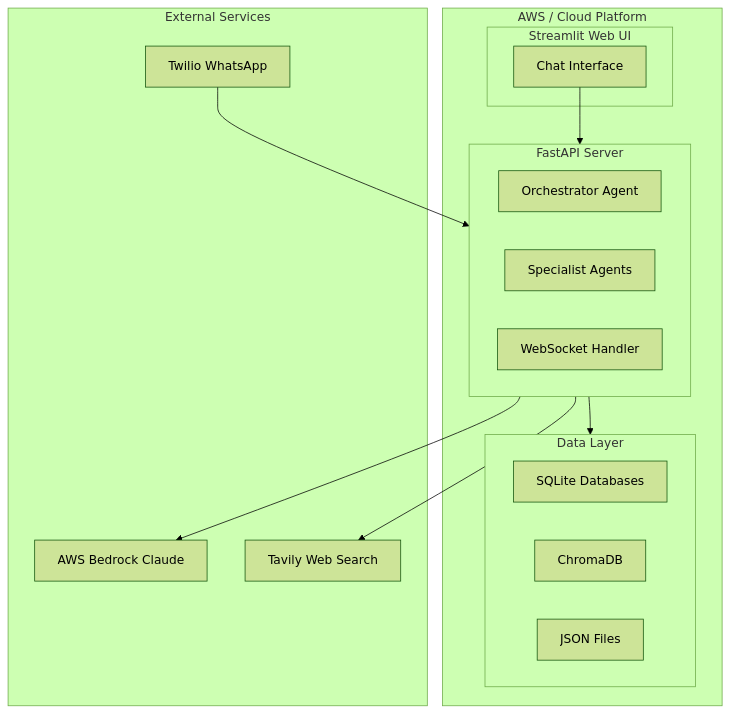
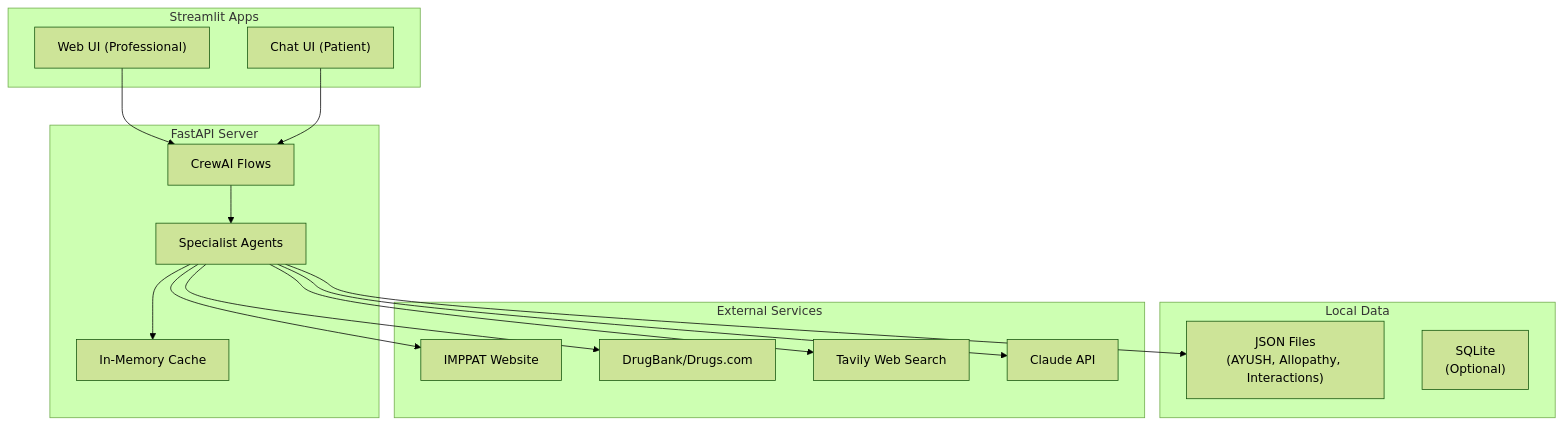
The sixth of 6 diagrams in .kiro/specs/ayush-allopathy-checker/design.md (Ankan54/AushadhiMitra-ayush-allopathy-interaction-checker), drawn with Mermaid (forest theme) before and after one commit. The commit also changed other lines of this file and 1 other file, not shown here.

````diff
--- a/.kiro/specs/ayush-allopathy-checker/design.md
+++ b/.kiro/specs/ayush-allopathy-checker/design.md
@@ -932,32 +1193,35 @@
 ```mermaid
 graph TB
-    subgraph CLOUD["AWS / Cloud Platform"]
-        subgraph API["FastAPI Server"]
-            ORCH[Orchestrator Agent]
-            AGENTS[Specialist Agents]
-            WS[WebSocket Handler]
-        end
-        
-        subgraph UI["Streamlit Web UI"]
-            STREAM[Chat Interface]
-        end
-        
-        subgraph STORAGE["Data Layer"]
-            SQLITE[SQLite Databases]
-            CHROMA[ChromaDB]
-            JSON[JSON Files]
-        end
+    subgraph SERVER["FastAPI Server"]
+        FLOWS["CrewAI Flows"]
+        AGENTS["Specialist Agents"]
+        CACHE["In-Memory Cache"]
+    end
+    
+    subgraph UI["Streamlit Apps"]
+        WEB_UI["Web UI (Professional)"]
+        CHAT_UI["Chat UI (Patient)"]
+    end
+    
+    subgraph DATA["Local Data"]
+        JSON["JSON Files<br/>(AYUSH, Allopathy, Interactions)"]
+        SQLITE["SQLite<br/>(Optional)"]
     end
     
     subgraph EXT["External Services"]
-        TWILIO[Twilio WhatsApp]
-        BEDROCK[AWS Bedrock Claude]
-        TAVILY[Tavily Web Search]
+        IMPPAT["IMPPAT Website"]
+        DRUGBANK["DrugBank/Drugs.com"]
+        TAVILY["Tavily Web Search"]
+        CLAUDE["Claude API"]
     end
     
-    TWILIO --> API
-    STREAM --> API
-    API --> STORAGE
-    API --> BEDROCK
-    API --> TAVILY
+    WEB_UI --> FLOWS
+    CHAT_UI --> FLOWS
+    FLOWS --> AGENTS
+    AGENTS --> CACHE
+    AGENTS --> JSON
+    AGENTS --> IMPPAT
+    AGENTS --> DRUGBANK
+    AGENTS --> TAVILY
+    AGENTS --> CLAUDE
 ```
````
